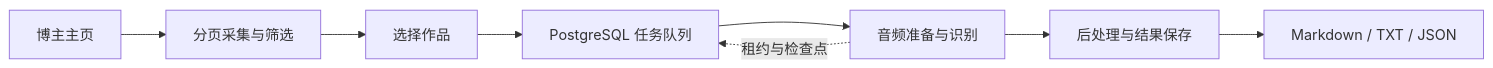
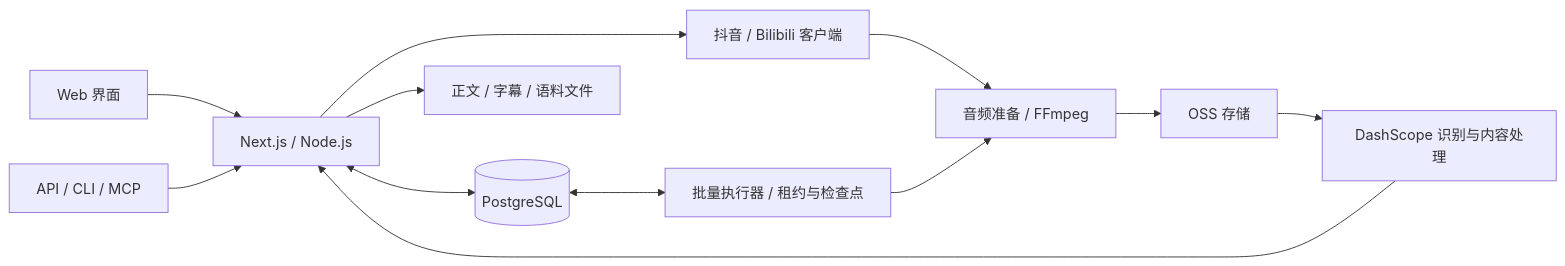
The diagram in README.md (zhanpoint/EchoLens), drawn with Mermaid before and after one commit. The commit also changed other lines of this file and 14 other files, not shown here.

````diff
--- a/README.md
+++ b/README.md
@@ -116,10 +180,14 @@
 ```mermaid
 flowchart LR
-    A[博主主页] --> B[分页采集与筛选]
-    B --> C[选择作品]
-    C --> D[PostgreSQL 任务队列]
-    D --> E[音频准备与识别]
-    E --> F[后处理与结果保存]
-    F --> G[Markdown / TXT / JSON]
-    E -. 租约与检查点 .-> D
+    Web[Web 界面] --> App[Next.js / Node.js]
+    Tools[API / CLI / MCP] --> App
+    App --> Media[抖音 / Bilibili 客户端]
+    Media --> Audio[音频准备 / FFmpeg]
+    Audio --> OSS[OSS 存储]
+    OSS --> AI[DashScope 识别与内容处理]
+    AI --> App
+    App <--> DB[(PostgreSQL)]
+    DB <--> Worker[批量执行器 / 租约与检查点]
+    Worker --> Audio
+    App --> Output[正文 / 字幕 / 语料文件]
 ```
````
